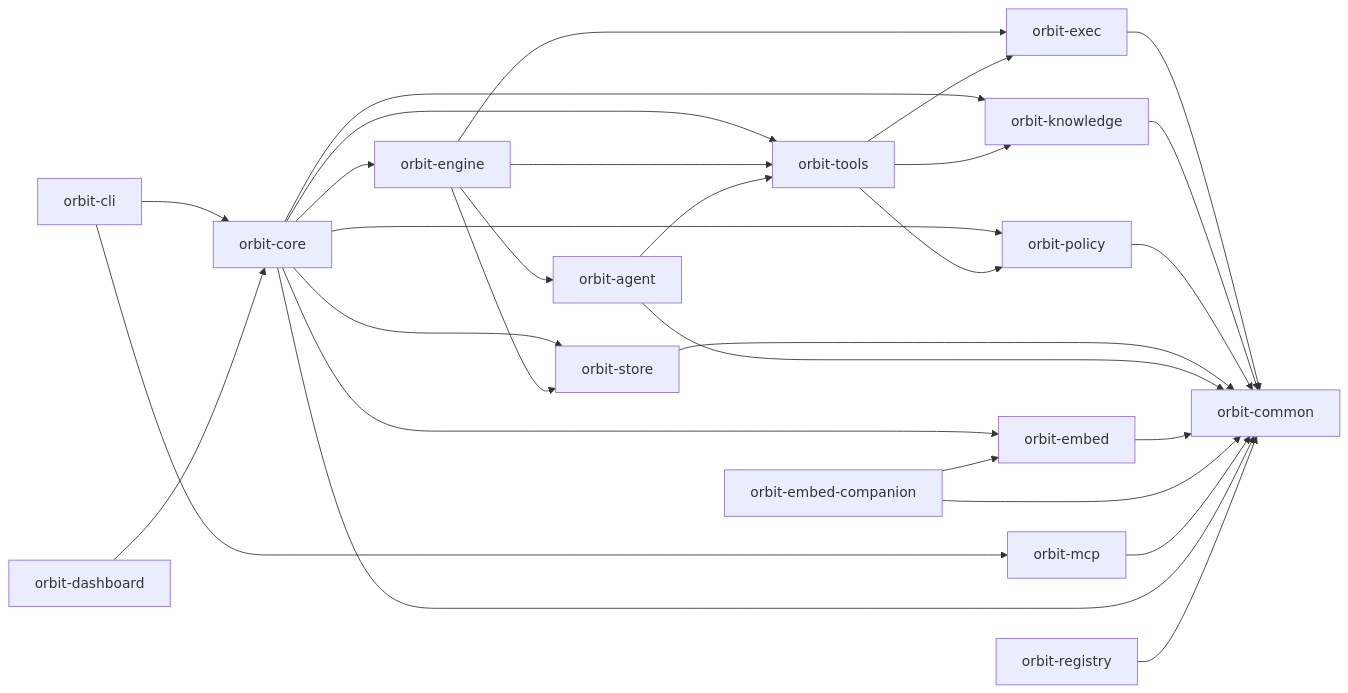
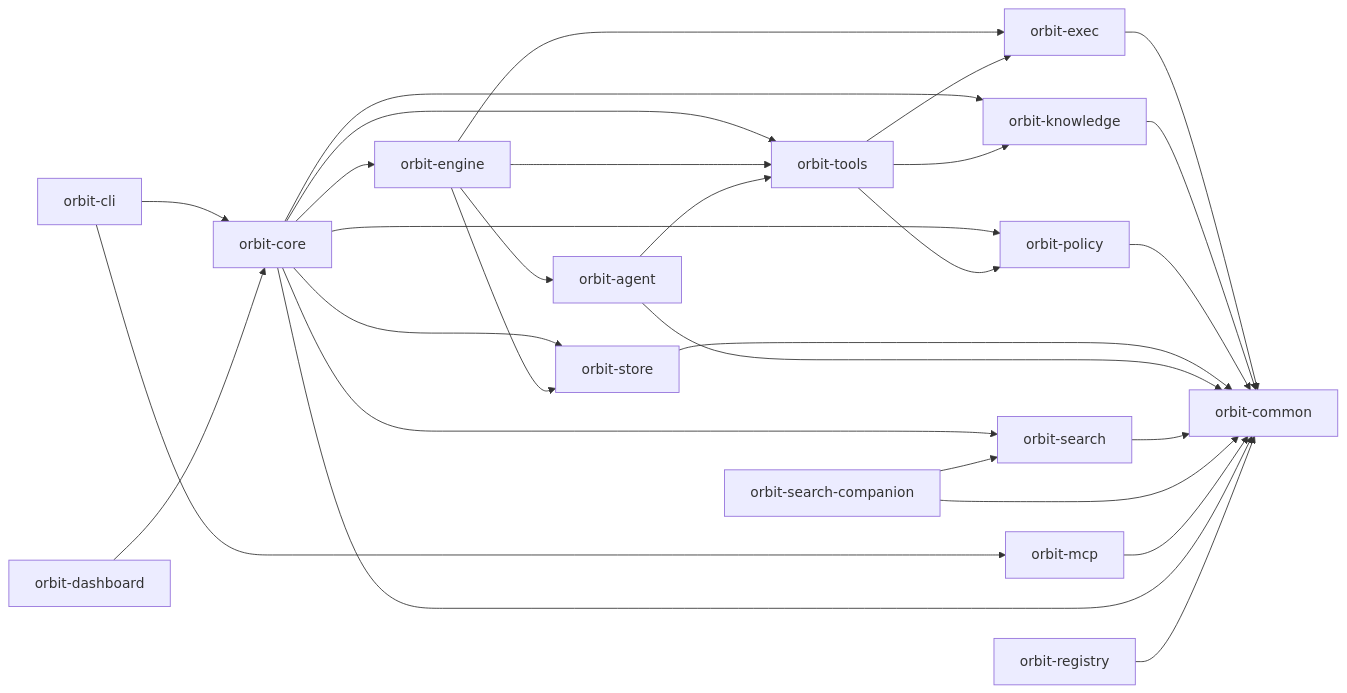
Before and after one commit to danieljhkim/orbit-agentic-workflow: the diagram in ARCHITECTURE.md, drawn with Mermaid. The commit also changed other lines of this file and 56 other files, not shown here.

Commit message:
[ORB-00192] Rename orbit-embed to orbit-search

````diff
--- a/ARCHITECTURE.md
+++ b/ARCHITECTURE.md
@@ -5,31 +5,31 @@
 ```mermaid
 flowchart LR
   CLI["orbit-cli"] --> Core["orbit-core"]
   CLI --> MCP["orbit-mcp"]
   Core --> Engine["orbit-engine"]
   Core --> Store["orbit-store"]
   Core --> Tools["orbit-tools"]
-  Core --> Embed["orbit-embed"]
+  Core --> Search["orbit-search"]
   Core --> Knowledge["orbit-knowledge"]
   Core --> Policy["orbit-policy"]
   Engine --> Agent["orbit-agent"]
   Engine --> Store
   Engine --> Exec["orbit-exec"]
   Engine --> Tools
   Agent --> Tools
   Tools --> Exec["orbit-exec"]
   Tools --> Knowledge
   Tools --> Policy
   Exec --> Common["orbit-common"]
   Knowledge --> Common
   Policy --> Common
   Store --> Common
   Agent --> Common
-  Embed --> Common
-  EmbedCompanion["orbit-embed-companion"] --> Embed
-  EmbedCompanion --> Common
+  Search --> Common
+  SearchCompanion["orbit-search-companion"] --> Search
+  SearchCompanion --> Common
   MCP --> Common
   Dashboard["orbit-dashboard"] --> Core
   Core --> Common
   Registry["orbit-registry"] --> Common
 ```
````
